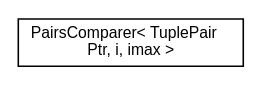
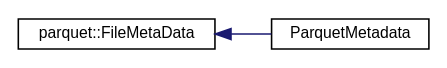
One commit to rapidsai/projects changed the diagram in libcudf/0.8.0/inherit_graph_197.dot. Above: the diagram before and after it, drawn with Graphviz. The commit also changed 1293 other files, not shown here.

```diff
--- a/libcudf/0.8.0/inherit_graph_197.dot
+++ b/libcudf/0.8.0/inherit_graph_197.dot
@@ -1,7 +1,9 @@
 digraph "Graphical Class Hierarchy"
 {
   edge [fontname="Helvetica",fontsize="10",labelfontname="Helvetica",labelfontsize="10"];
   node [fontname="Helvetica",fontsize="10",shape=record];
   rankdir="LR";
-  Node0 [label="PairsComparer\< TuplePair\lPtr, i, imax \>",height=0.2,width=0.4,color="black", fillcolor="white", style="filled",URL="$structPairsComparer.html"];
+  Node0 [label="parquet::FileMetaData",height=0.2,width=0.4,color="black", fillcolor="white", style="filled",URL="$structparquet_1_1FileMetaData.html",tooltip="Thrift-derived struct describing file-level metadata. "];
+  Node0 -> Node1 [dir="back",color="midnightblue",fontsize="10",style="solid",fontname="Helvetica"];
+  Node1 [label="ParquetMetadata",height=0.2,width=0.4,color="black", fillcolor="white", style="filled",URL="$structParquetMetadata.html",tooltip="A helper wrapper for Parquet file metadata. Provides some additional convenience methods for initiali..."];
 }
```
